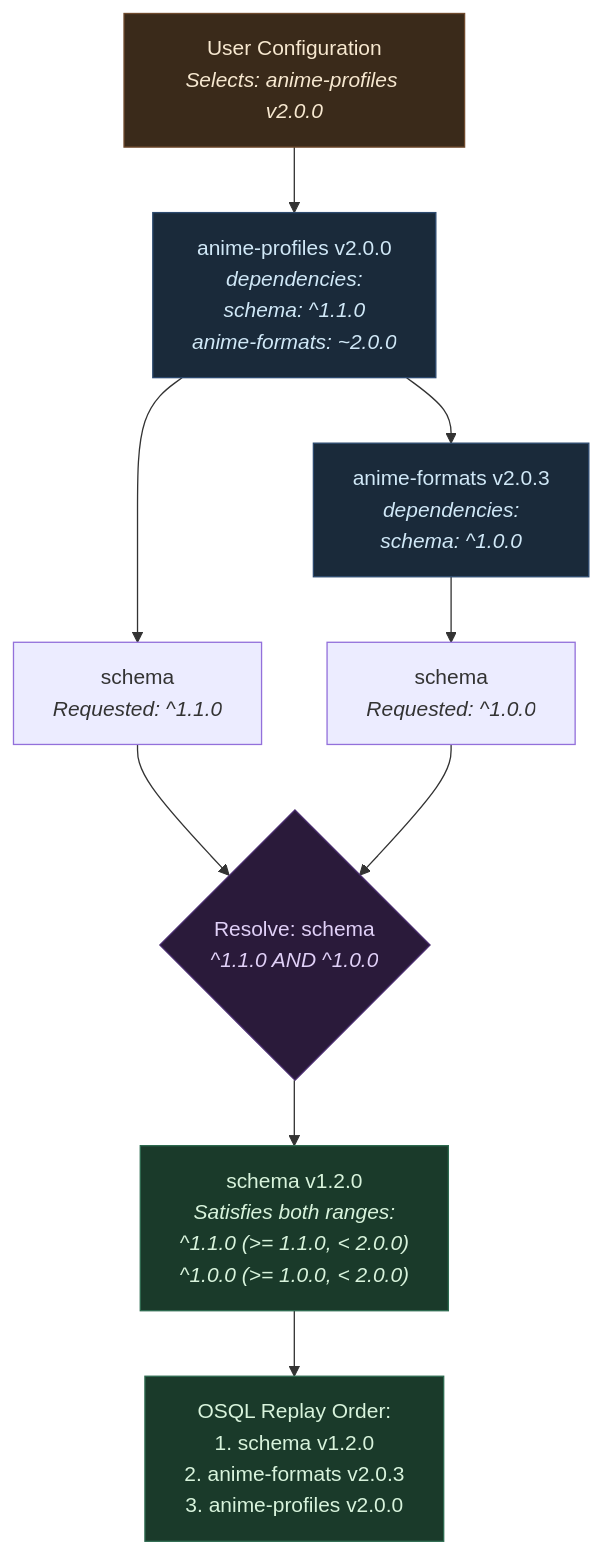
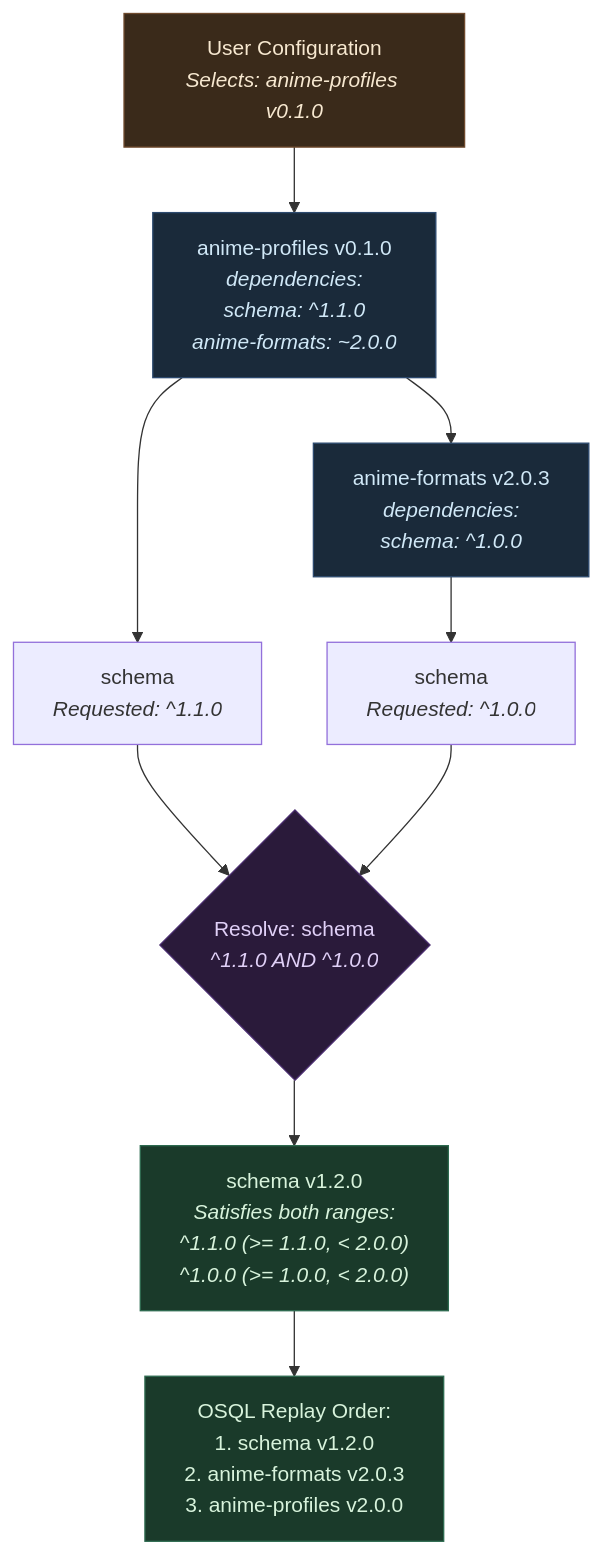
One commit to yandy-r/praxrr changed the fourth of 7 diagrams in packages/praxrr-schema/docs/manifest.md. Above: the diagram before and after it, drawn with Mermaid. The commit also changed other lines of this file and 15 other files, not shown here.

````diff
--- a/packages/praxrr-schema/docs/manifest.md
+++ b/packages/praxrr-schema/docs/manifest.md
@@ -862,25 +862,25 @@
 ```mermaid
 graph TD
-    User["User Configuration<br/><em>Selects: anime-profiles v2.0.0</em>"]
+    User["User Configuration<br/><em>Selects: anime-profiles v0.1.0</em>"]
 
-    User --> AP["anime-profiles v2.0.0<br/><em>dependencies:<br/>schema: ^1.1.0<br/>anime-formats: ~2.0.0</em>"]
+    User --> AP["anime-profiles v0.1.0<br/><em>dependencies:<br/>schema: ^1.1.0<br/>anime-formats: ~2.0.0</em>"]
 
     AP --> Schema["schema<br/><em>Requested: ^1.1.0</em>"]
     AP --> AF["anime-formats v2.0.3<br/><em>dependencies:<br/>schema: ^1.0.0</em>"]
 
     AF --> Schema2["schema<br/><em>Requested: ^1.0.0</em>"]
 
     Schema --> Resolve{"Resolve: schema<br/><em>^1.1.0 AND ^1.0.0</em>"}
     Schema2 --> Resolve
 
     Resolve --> Resolved["schema v1.2.0<br/><em>Satisfies both ranges:<br/>^1.1.0 (>= 1.1.0, < 2.0.0)<br/>^1.0.0 (>= 1.0.0, < 2.0.0)</em>"]
 
     Resolved --> Replay["OSQL Replay Order:<br/>1. schema v1.2.0<br/>2. anime-formats v2.0.3<br/>3. anime-profiles v2.0.0"]
 
     style User fill:#3a2a1a,stroke:#6f4a2d,color:#f7e8d0
     style AP fill:#1a2a3a,stroke:#2d4a6f,color:#d0e8f7
     style AF fill:#1a2a3a,stroke:#2d4a6f,color:#d0e8f7
     style Resolve fill:#2a1a3a,stroke:#4a2d6f,color:#e0d0f7
     style Resolved fill:#1a3a2a,stroke:#2d6a4f,color:#d8f3dc
     style Replay fill:#1a3a2a,stroke:#2d6a4f,color:#d8f3dc
 ```
````
